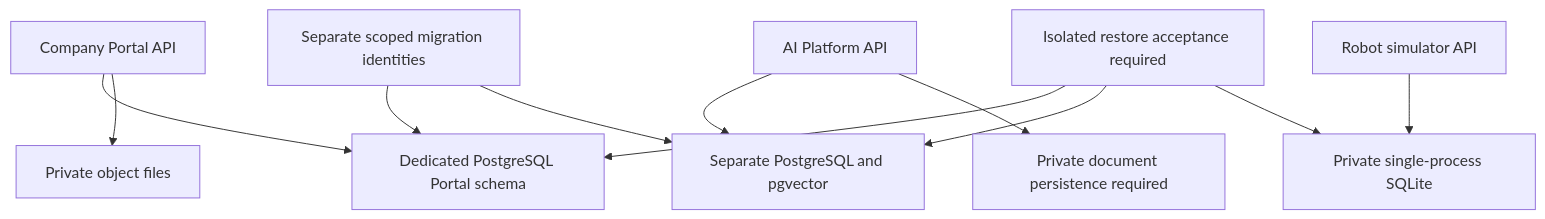
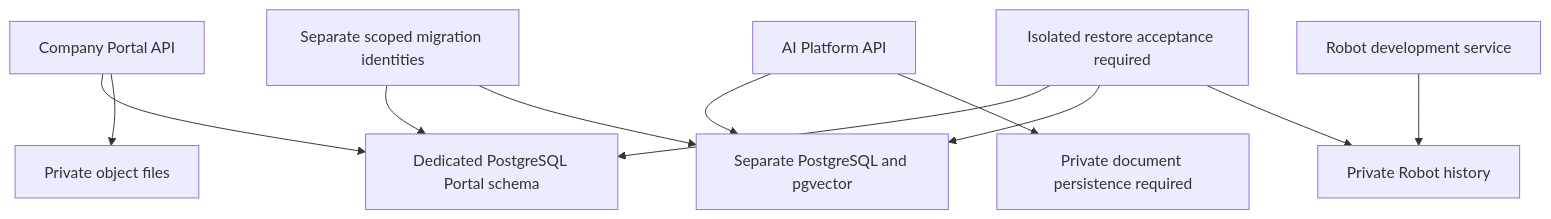
The diagram in docs/diagrams/public-database.mmd (DruHustle/onesa-ai-platform), drawn with Mermaid before and after one commit. The commit also changed 12 other files, not shown here.

Commit message:
Keep public Robot docs product-focused and verify the single Docs icon

```diff
--- a/docs/diagrams/public-database.mmd
+++ b/docs/diagrams/public-database.mmd
@@ -1,11 +1,11 @@
 flowchart TB
 Portal[Company Portal API] --> PDB[Dedicated PostgreSQL Portal schema]
 AI[AI Platform API] --> ADB[Separate PostgreSQL and pgvector]
-Robot[Robot simulator API] --> SQLite[Private single-process SQLite]
+Robot[Robot development service] --> SQLite[Private Robot history]
 Portal --> PFiles[Private object files]
 AI --> AFiles[Private document persistence required]
 Migration[Separate scoped migration identities] --> PDB
 Migration --> ADB
 Backup[Isolated restore acceptance required] --> PDB
 Backup --> ADB
 Backup --> SQLite
```
